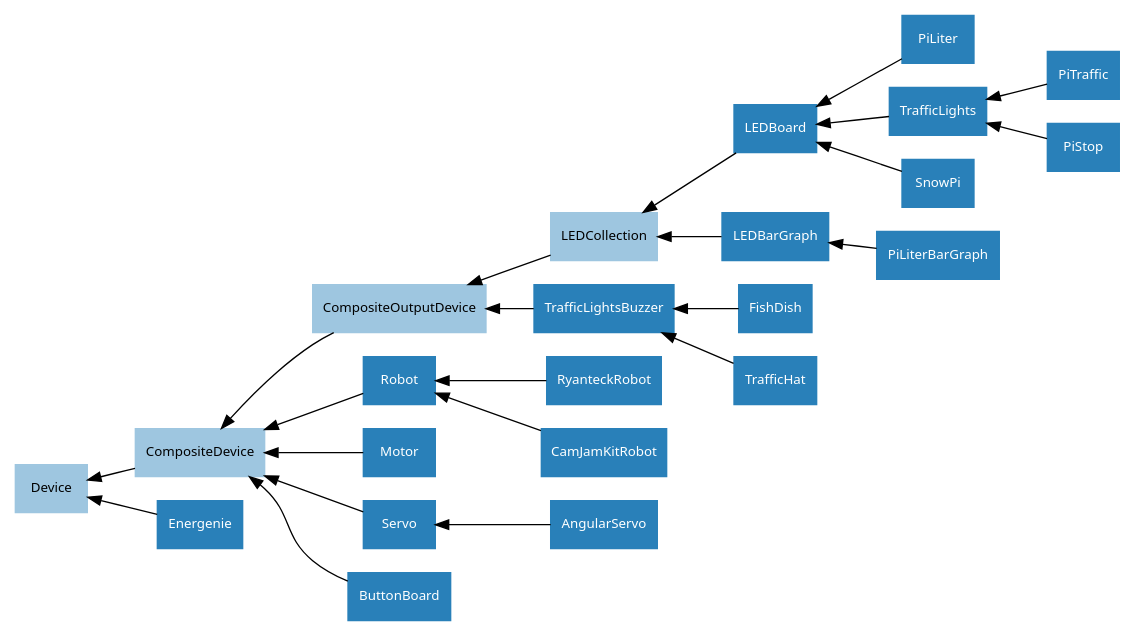
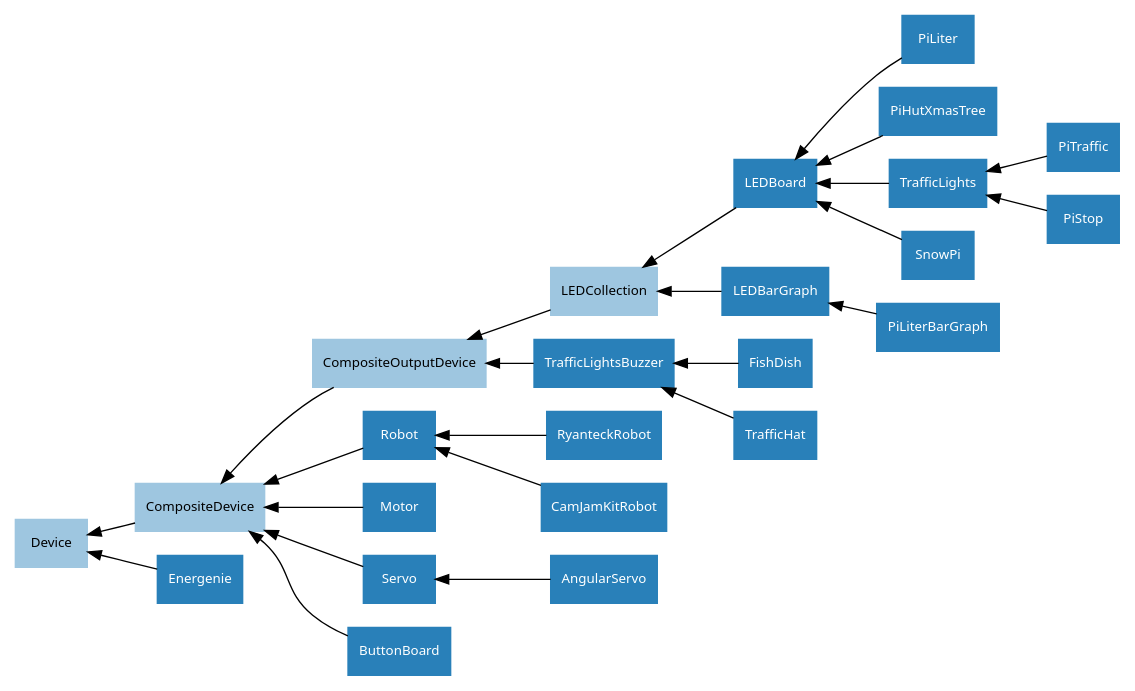
Before and after one commit to gpiozero/gpiozero: the diagram in docs/images/composite_device_hierarchy.dot, drawn with Graphviz. The commit also changed 7 other files, not shown here.

```diff
--- a/docs/images/composite_device_hierarchy.dot
+++ b/docs/images/composite_device_hierarchy.dot
@@ -1,41 +1,42 @@
 /* vim: set et sw=4 sts=4: */
 
 digraph classes {
     graph [rankdir=RL];
     node [shape=rect, style=filled, fontname=Sans, fontsize=10];
     edge [];
 
     /* Abstract classes */
     node [color="#9ec6e0", fontcolor="#000000"]
     Device;
     CompositeDevice;
     CompositeOutputDevice;
     LEDCollection;
 
     /* Concrete classes */
     node [color="#2980b9", fontcolor="#ffffff"];
     CompositeDevice->Device;
     CompositeOutputDevice->CompositeDevice;
     LEDCollection->CompositeOutputDevice;
 
     LEDBoard->LEDCollection;
     LEDBarGraph->LEDCollection;
 
     PiLiter->LEDBoard;
+    PiHutXmasTree->LEDBoard;
     PiLiterBarGraph->LEDBarGraph;
     TrafficLights->LEDBoard;
     SnowPi->LEDBoard;
     PiTraffic->TrafficLights;
     PiStop->TrafficLights;
     TrafficLightsBuzzer->CompositeOutputDevice;
     FishDish->TrafficLightsBuzzer;
     TrafficHat->TrafficLightsBuzzer;
     Robot->CompositeDevice;
     RyanteckRobot->Robot;
     CamJamKitRobot->Robot;
     Motor->CompositeDevice;
     Servo->CompositeDevice;
     AngularServo->Servo;
     Energenie->Device;
     ButtonBoard->CompositeDevice;
 }
```
